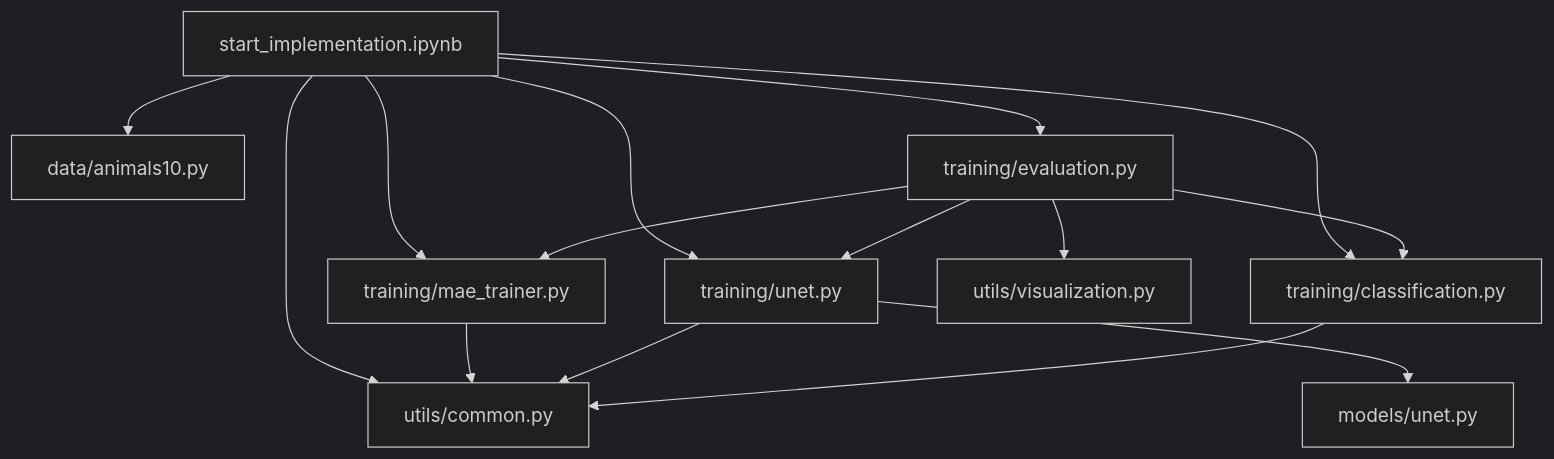
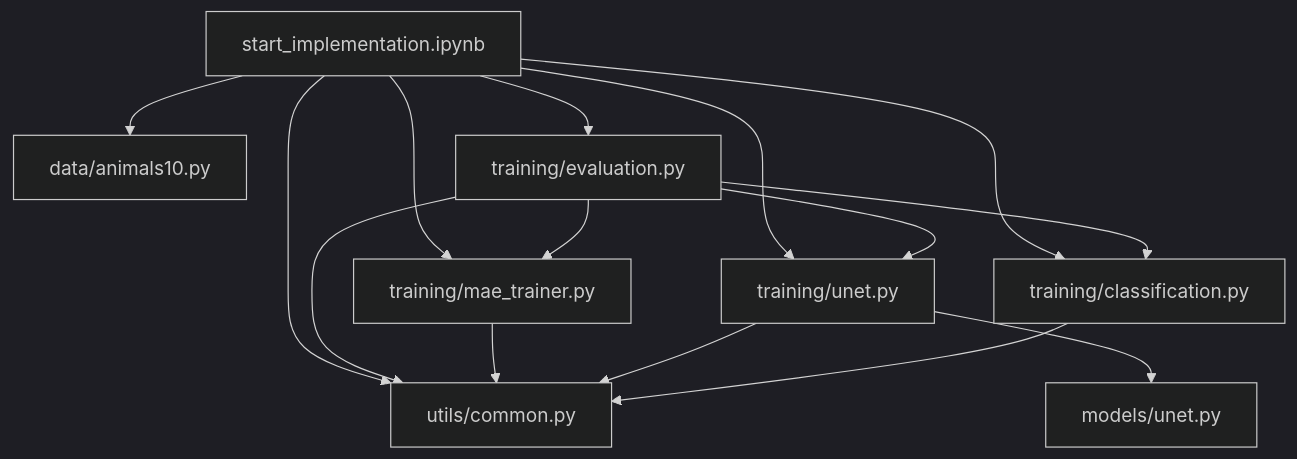
The diagram in README.md (pinwap/MAE-animal-reconstruct-and-classification), drawn with Mermaid (dark theme) before and after one commit. The commit also changed other lines of this file and 5 other files, not shown here.

````diff
--- a/README.md
+++ b/README.md
@@ -39,19 +26,19 @@
 ```mermaid
 flowchart TD
     N[start_implementation.ipynb] --> D[data/animals10.py]
     N --> M[training/mae_trainer.py]
     N --> U[training/unet.py]
     N --> C[training/classification.py]
     N --> E[training/evaluation.py]
     N --> G[utils/common.py]
 
     U --> UM[models/unet.py]
     E --> U
     E --> M
     E --> C
-    E --> V[utils/visualization.py]
+    E --> G
 
     M --> G
     U --> G
     C --> G
 ```
````
